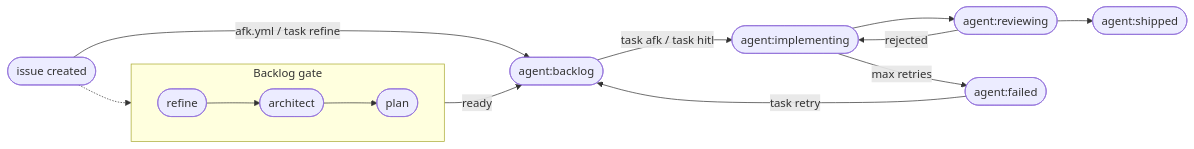
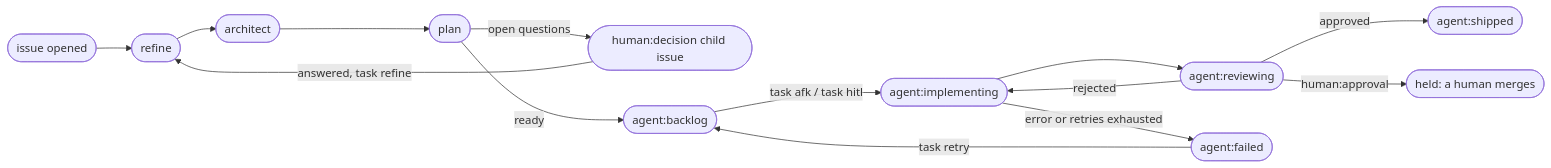
Before and after one commit to architecture-that-works/agentic-sdlc: the diagram in README.md, drawn with Mermaid. The commit also changed other lines of this file and 33 other files, not shown here.

````diff
--- a/README.md
+++ b/README.md
@@ -67,16 +55,14 @@
 ```mermaid
 flowchart LR
-    N([issue created]) -- afk.yml / task refine --> A
-    subgraph Backlog gate
-      direction LR
-      R([refine]) --> AR([architect]) --> P([plan])
-    end
-    N -.-> R
-    P -- ready --> A([agent:backlog])
-    A -- task afk / task hitl --> D([agent:implementing])
-    D --> E([agent:reviewing])
-    E --> F([agent:shipped])
-    E -- rejected --> D
-    D -- max retries --> G([agent:failed])
-    G -- task retry --> A
+    N([issue opened]) --> R([refine]) --> AR([architect]) --> P([plan])
+    P -- open questions --> Q([human:decision child issue])
+    Q -- answered, task refine --> R
+    P -- ready --> B([agent:backlog])
+    B -- task afk / task hitl --> I([agent:implementing])
+    I --> V([agent:reviewing])
+    V -- rejected --> I
+    V -- approved --> S([agent:shipped])
+    V -- human:approval --> H([held: a human merges])
+    I -- error or retries exhausted --> F([agent:failed])
+    F -- task retry --> B
 ```
````
